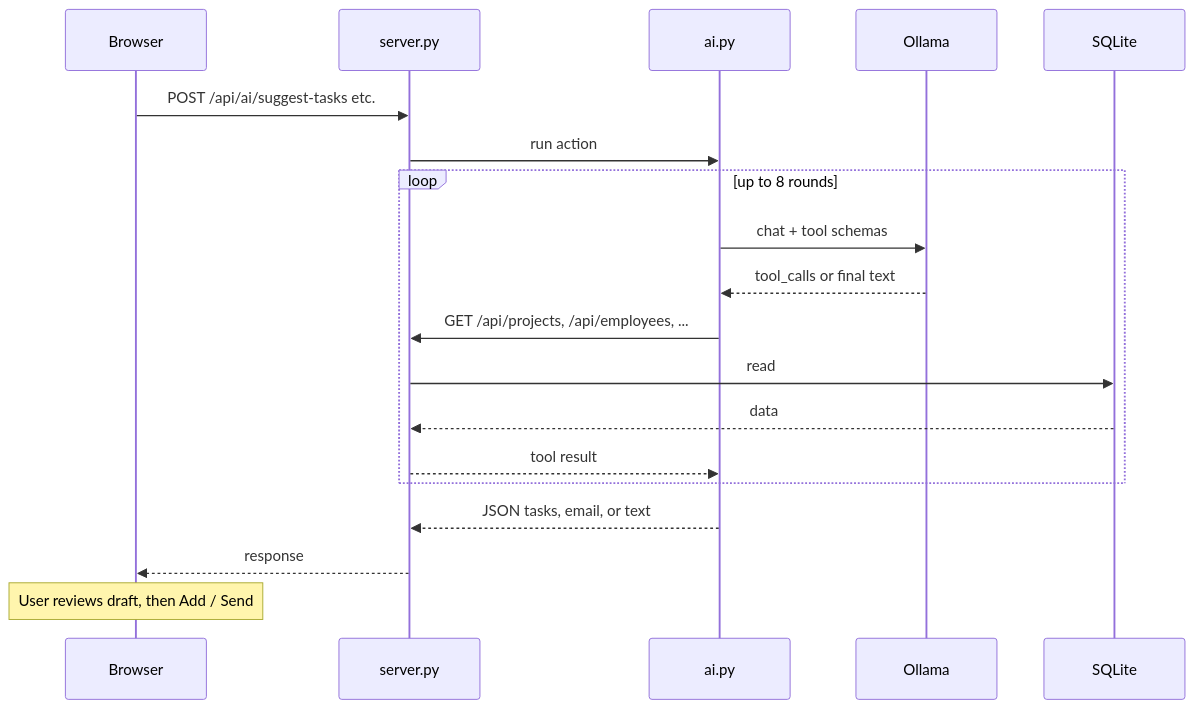
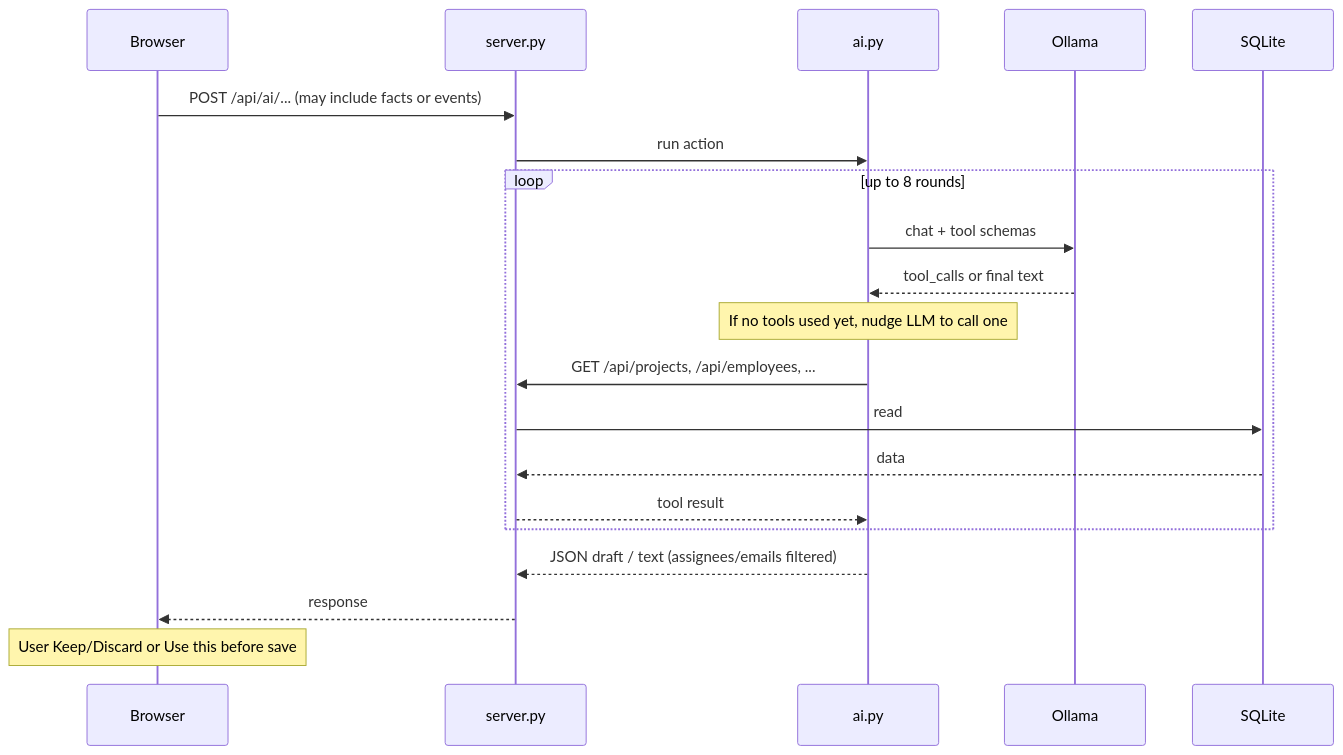
Before and after one commit to patriya-piyawiroj/OrgChart: the third of 3 diagrams in README.md, drawn with Mermaid. The commit also changed other lines of this file and 8 other files, not shown here.

````diff
--- a/README.md
+++ b/README.md
@@ -84,22 +84,23 @@
 ```mermaid
 sequenceDiagram
   participant UI as Browser
   participant API as server.py
   participant Agent as ai.py
   participant LLM as Ollama
   participant DB as SQLite
 
-  UI->>API: POST /api/ai/suggest-tasks etc.
+  UI->>API: POST /api/ai/... (may include facts or events)
   API->>Agent: run action
   loop up to 8 rounds
     Agent->>LLM: chat + tool schemas
     LLM-->>Agent: tool_calls or final text
+    Note over Agent: If no tools used yet, nudge LLM to call one
     Agent->>API: GET /api/projects, /api/employees, ...
     API->>DB: read
     DB-->>API: data
     API-->>Agent: tool result
   end
-  Agent-->>API: JSON tasks, email, or text
+  Agent-->>API: JSON draft / text (assignees/emails filtered)
   API-->>UI: response
-  Note over UI: User reviews draft, then Add / Send
+  Note over UI: User Keep/Discard or Use this before save
 ```
````
